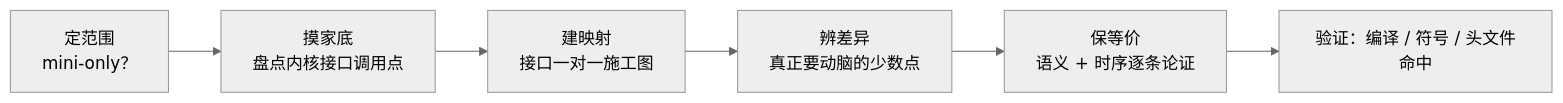
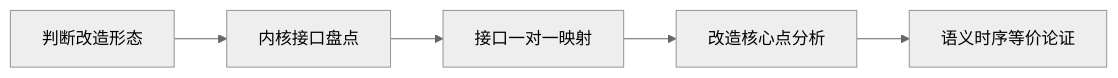
The third of 5 diagrams in RP2-CMSIS/CMSIS&POSIX接口适配总结——blackbox_lite组件.md (houcq4869/resource), drawn with Mermaid (neutral theme) before and after one commit. The commit also changed other lines of this file, not shown here.

````diff
--- a/RP2-CMSIS/CMSIS&POSIX接口适配总结——blackbox_lite组件.md
+++ b/RP2-CMSIS/CMSIS&POSIX接口适配总结——blackbox_lite组件.md
@@ -80,8 +75,7 @@
 ```mermaid
 flowchart LR
-    A["定范围<br/>mini-only？"] --> B["摸家底<br/>盘点内核接口调用点"]
-    B --> C["建映射<br/>接口一对一施工图"]
-    C --> D["辨差异<br/>真正要动脑的少数点"]
-    D --> E["保等价<br/>语义 + 时序逐条论证"]
-    E --> F["验证：编译 / 符号 / 头文件命中"]
+    A["判断改造形态"] --> B["内核接口盘点"]
+    B --> C["接口一对一映射"]
+    C --> D["改造核心点分析"]
+    D --> E["语义时序等价论证"]
 ```
````
